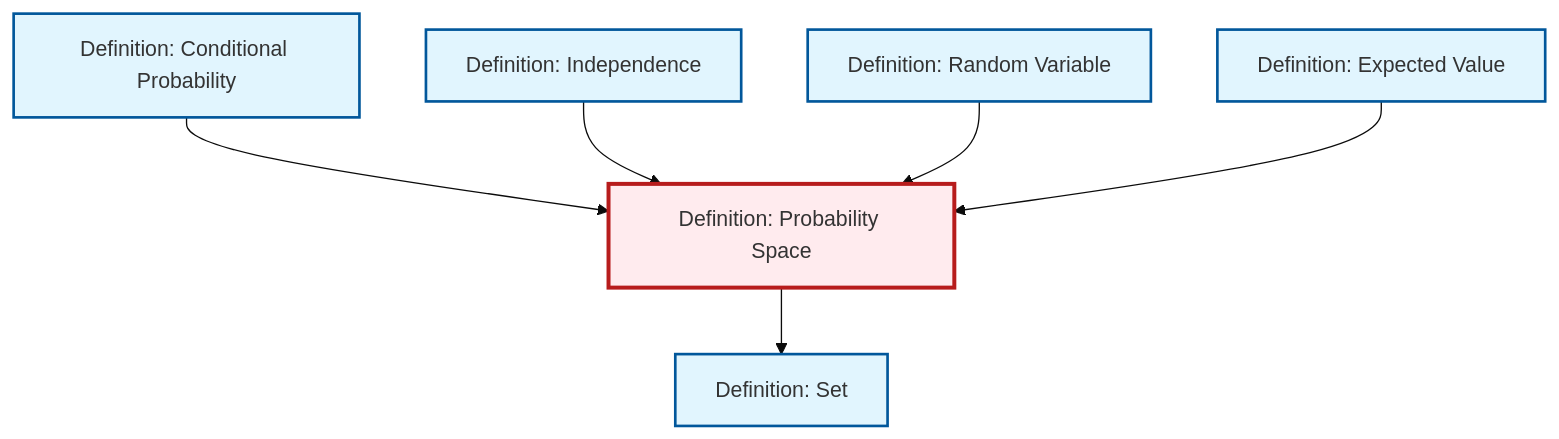
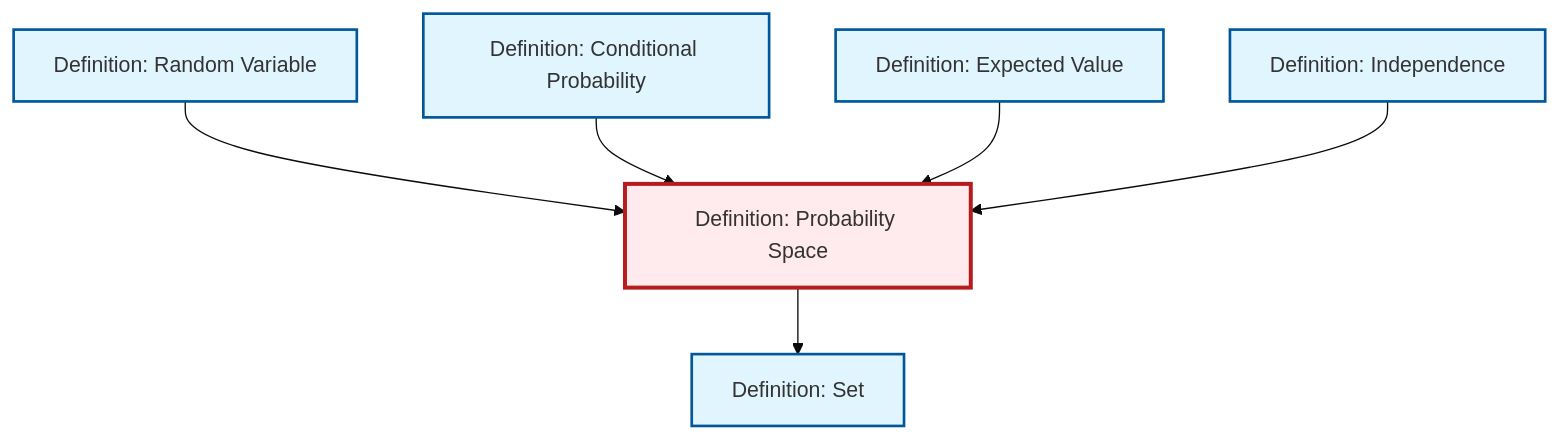
One commit to RK0429/ModernMath changed the diagram in content/en/probability-statistics/def-probability-space.qmd. Above: the diagram before and after it, drawn with Mermaid (base theme). The commit also changed other lines of this file and 597 other files, not shown here.

````diff
--- a/content/en/probability-statistics/def-probability-space.qmd
+++ b/content/en/probability-statistics/def-probability-space.qmd
@@ -46,26 +46,26 @@
 ```{mermaid}
 %%| fig-cap: "Local dependency graph"
 graph TD
     classDef definition fill:#e1f5fe,stroke:#01579b,stroke-width:2px
     classDef theorem fill:#f3e5f5,stroke:#4a148c,stroke-width:2px
     classDef axiom fill:#fff3e0,stroke:#e65100,stroke-width:2px
     classDef example fill:#e8f5e9,stroke:#1b5e20,stroke-width:2px
     classDef current fill:#ffebee,stroke:#b71c1c,stroke-width:3px
     def-probability-space["Definition: Probability Space"]:::definition
-    def-independence["Definition: Independence"]:::definition
     def-expectation["Definition: Expected Value"]:::definition
-    def-random-variable["Definition: Random Variable"]:::definition
     def-conditional-probability["Definition: Conditional Probability"]:::definition
     def-set["Definition: Set"]:::definition
+    def-random-variable["Definition: Random Variable"]:::definition
+    def-independence["Definition: Independence"]:::definition
+    def-random-variable --> def-probability-space
     def-conditional-probability --> def-probability-space
+    def-probability-space --> def-set
+    def-expectation --> def-probability-space
     def-independence --> def-probability-space
-    def-probability-space --> def-set
-    def-random-variable --> def-probability-space
-    def-expectation --> def-probability-space
     class def-probability-space current
-    click def-independence "def-independence.html" "Go to Independence definition"
     click def-expectation "def-expectation.html" "Go to Expected Value definition"
-    click def-random-variable "def-random-variable.html" "Go to Random Variable definition"
     click def-conditional-probability "def-conditional-probability.html" "Go to Conditional Probability definition"
     click def-set "def-set.html" "Go to Set definition"
+    click def-random-variable "def-random-variable.html" "Go to Random Variable definition"
+    click def-independence "def-independence.html" "Go to Independence definition"
 ```
````
